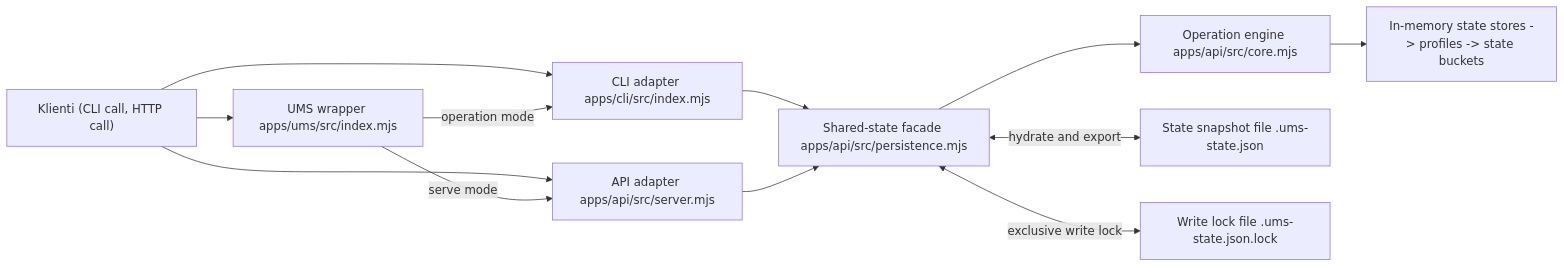
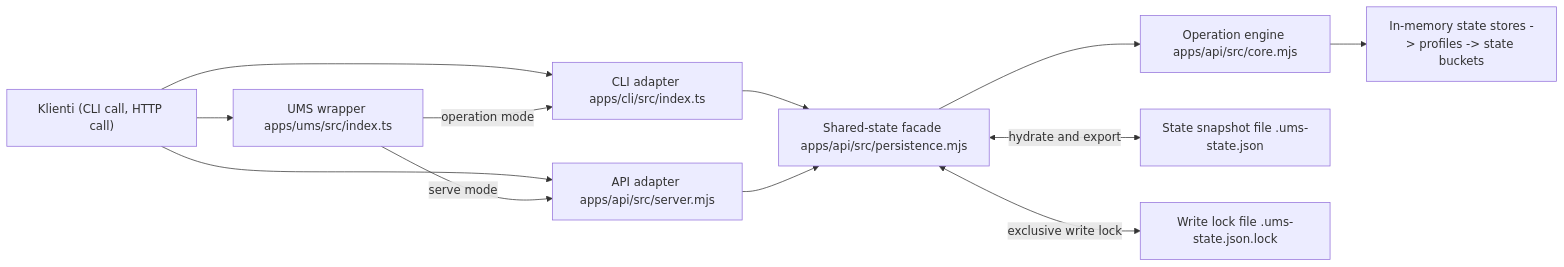
The second of 4 diagrams in docs/system-diagram.md (BleedingDev/ums-memory), drawn with Mermaid before and after one commit. The commit also changed other lines of this file and 23 other files, not shown here.

Commit message:
e2g.10/e2g.11: migrate CLI and UMS entrypoints to strict TypeScript

````diff
--- a/docs/system-diagram.md
+++ b/docs/system-diagram.md
@@ -29,26 +29,26 @@
 ```mermaid
 flowchart LR
   C1["Klienti (CLI call, HTTP call)"]
-  C2["UMS wrapper apps/ums/src/index.mjs"]
-  C3["CLI adapter apps/cli/src/index.mjs"]
+  C2["UMS wrapper apps/ums/src/index.ts"]
+  C3["CLI adapter apps/cli/src/index.ts"]
   C4["API adapter apps/api/src/server.mjs"]
   C5["Shared-state facade apps/api/src/persistence.mjs"]
   C6["Operation engine apps/api/src/core.mjs"]
   C7["In-memory state stores -> profiles -> state buckets"]
   C8["State snapshot file .ums-state.json"]
   C9["Write lock file .ums-state.json.lock"]
 
   C1 --> C2
   C1 --> C3
   C1 --> C4
 
   C2 -->|operation mode| C3
   C2 -->|serve mode| C4
 
   C3 --> C5
   C4 --> C5
   C5 --> C6
   C6 --> C7
   C5 <-->|hydrate and export| C8
   C5 <-->|exclusive write lock| C9
 ```
````
